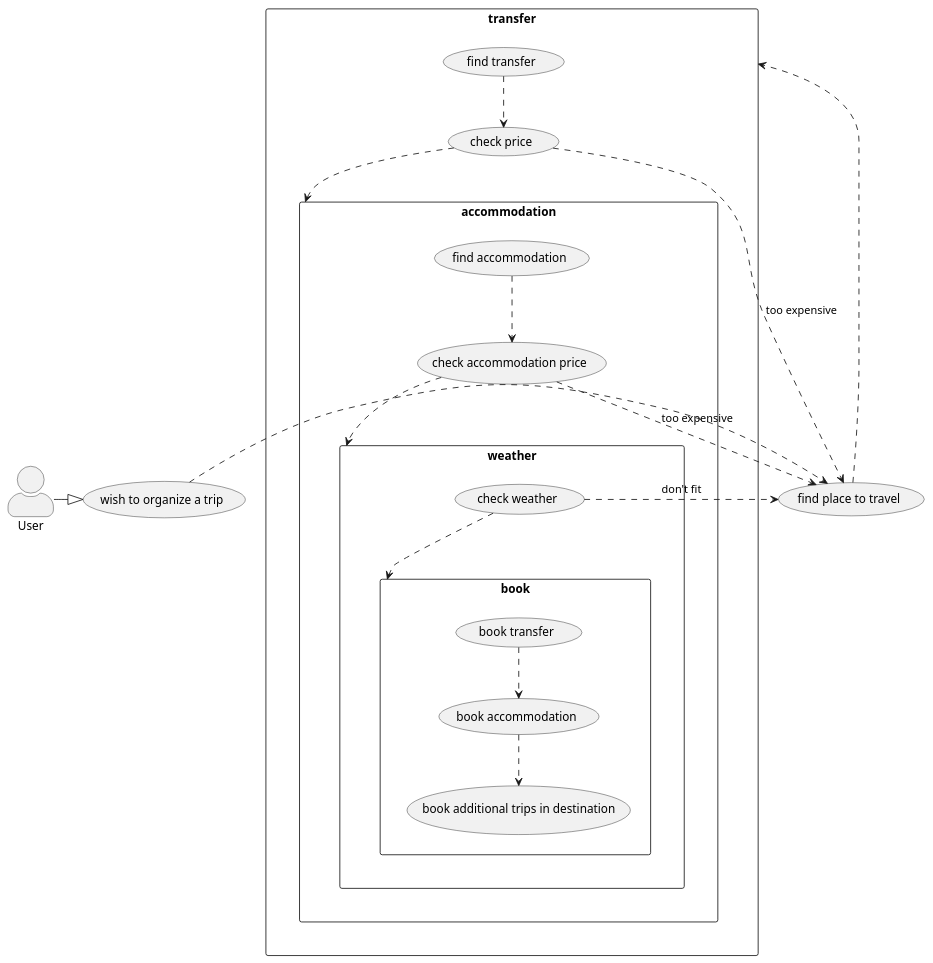
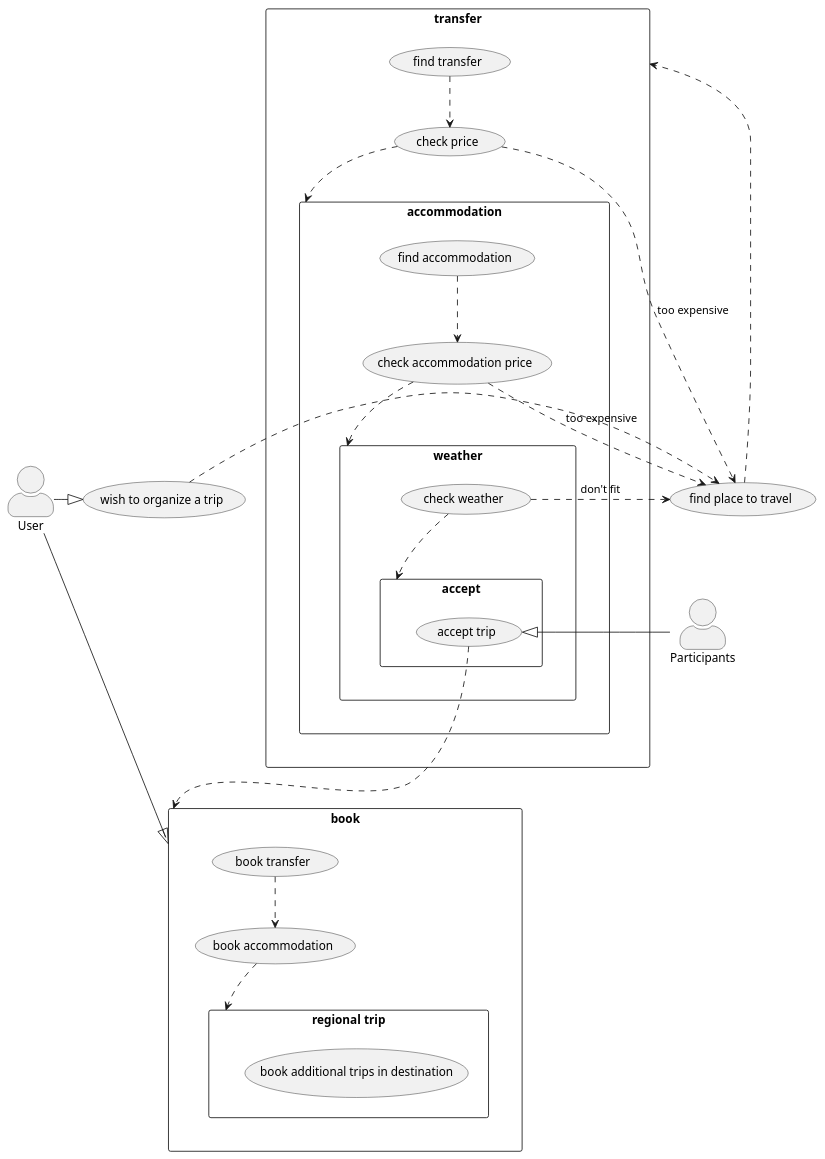
Before and after one commit to Kamil-IT/my-trip: the diagram in doc/overview/organization_travel_use_case.puml, drawn with PlantUML. The commit also changed 1 other file, not shown here.

```diff
--- a/doc/overview/organization_travel_use_case.puml
+++ b/doc/overview/organization_travel_use_case.puml
@@ -1,67 +1,74 @@
 @startuml
 'left to right direction
 skinparam actorStyle awesome
 actor User
+actor Participants
 'actor clerk
 
 "wish to organize a trip" as (wish)
 "find place to travel" as (place)
 
 
 :User: -|> wish
+:User: ---|> book
 wish .> (place)
 place ..> transfer
 
 'Travel
 
 rectangle transfer {
     "find transfer" as (transfer_find)
     "check price" as (transfer_check_price)
 
     transfer_find ..> transfer_check_price
     transfer_check_price ..> (accommodation)
 
     transfer_check_price ..> (place) : too expensive
 }
 
-
-'Accommodation
-
 rectangle accommodation {
     "find accommodation" as (accommodation_find)
     "check accommodation price" as (accommodation_check_price)
 
     accommodation_find ..> accommodation_check_price
     accommodation_check_price ..> (weather)
-
     accommodation_check_price ..> (place) : too expensive
 }
 
 rectangle weather {
     "check weather" as (weather_check)
 
-    weather_check ..> (book)
+    weather_check ..> (accept)
+    weather_check ..> (place) : don't fit
+}
 
-    weather_check ..> (place) : don't fit
+rectangle accept {
+   "accept trip" as (trip_accept)
+
+   :Participants: -|> trip_accept
+   trip_accept ..> book
 }
 
 rectangle book {
     "book transfer" as (book_transfer)
     "book accommodation" as (book_accommodation)
-    "book additional trips in destination" as (book_additional_trips)
 
     book_transfer ..> book_accommodation
-    book_accommodation ..> book_additional_trips
+    book_accommodation ..> "regional trip"
+}
+
+rectangle "regional trip" {
+    "book additional trips in destination" as (book_additional_trips)
 }
 
 
 'Check weather
 
 
 'rectangle "Group trip" {
 '  User -- (wish to organize a trip)
 '  (checkout) .> (payment) : include
 '  (help) .> (checkout) : extends
 '  (checkout) -- clerk
 '}
 @enduml
```
